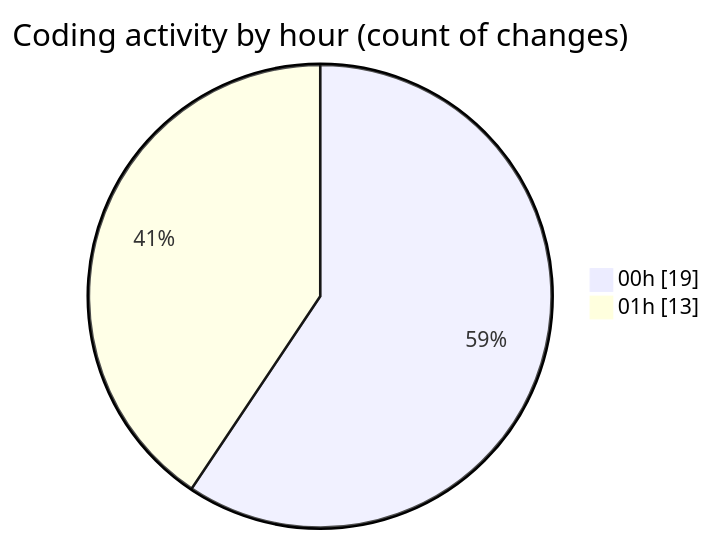
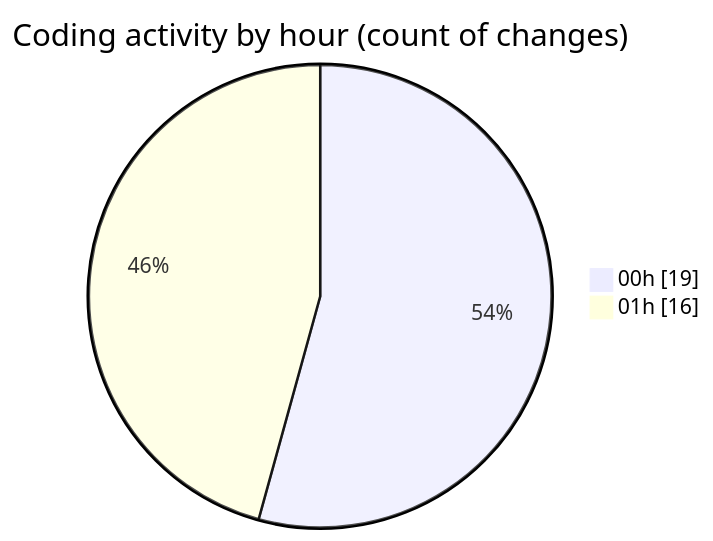
One commit to momahboobian/code-tracking changed the second of 2 diagrams in 2025-02-23/pdf-analysis-app/README.md. Above: the diagram before and after it, drawn with Mermaid. The commit also changed other lines of this file and 1 other file, not shown here.

````diff
--- a/2025-02-23/pdf-analysis-app/README.md
+++ b/2025-02-23/pdf-analysis-app/README.md
@@ -38,6 +38,6 @@
 ```mermaid
 pie showData
 title Coding activity by hour (count of changes)
 "00h" : 19
-"01h" : 13
+"01h" : 16
 ```
````
